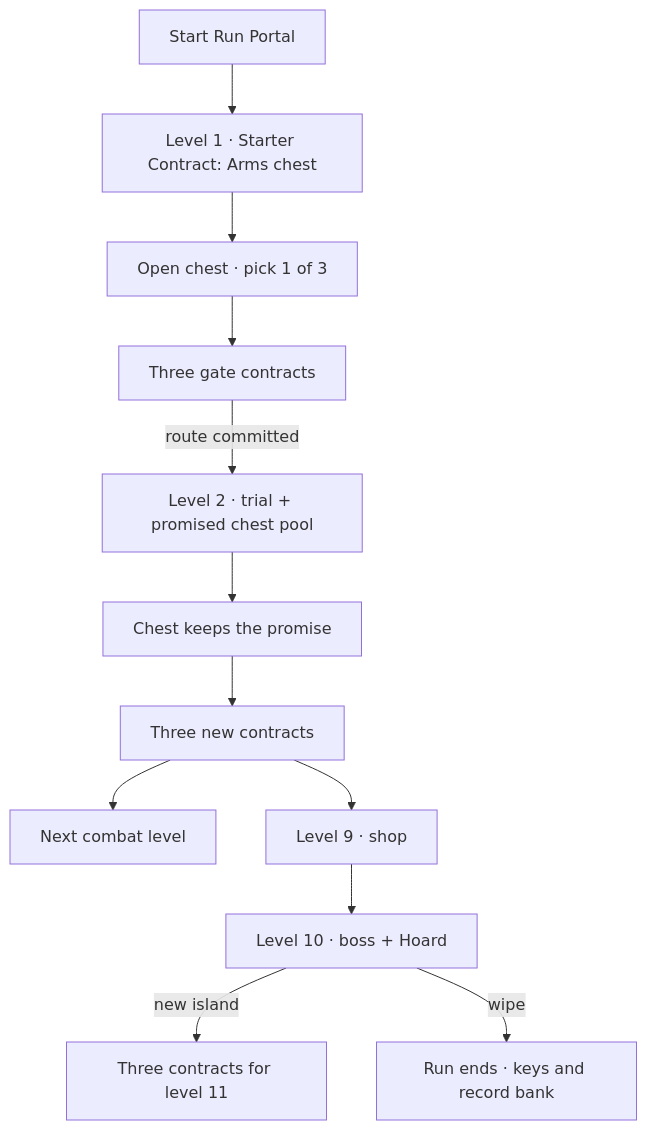
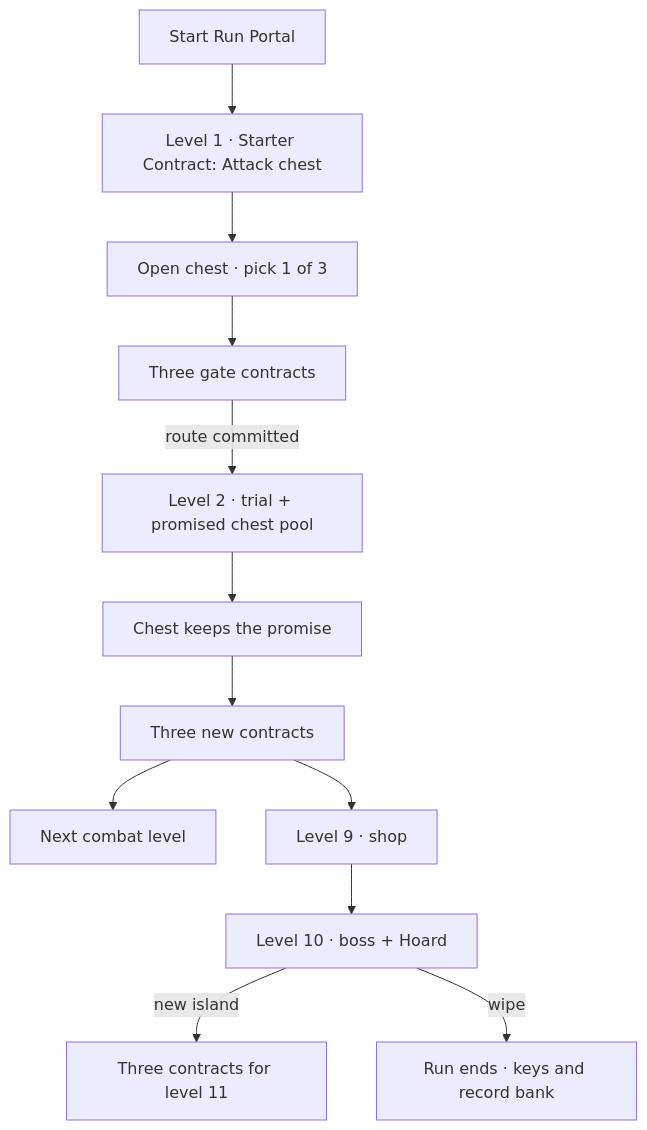
The diagram in docs/run-loop-design.md (harryvgiunta/blood-champions), drawn with Mermaid before and after one commit. The commit also changed other lines of this file and 283 other files, not shown here.

````diff
--- a/docs/run-loop-design.md
+++ b/docs/run-loop-design.md
@@ -331,14 +338,14 @@
 ```mermaid
 flowchart TD
-  T[Start Run Portal] --> L1[Level 1 · Starter Contract: Arms chest]
+  T[Start Run Portal] --> L1[Level 1 · Starter Contract: Attack chest]
   L1 --> C1[Open chest · pick 1 of 3]
   C1 --> G1[Three gate contracts]
   G1 -->|route committed| L2[Level 2 · trial + promised chest pool]
   L2 --> C2[Chest keeps the promise]
   C2 --> G2[Three new contracts]
   G2 --> L3[Next combat level]
   G2 --> S[Level 9 · shop]
   S --> B[Level 10 · boss + Hoard]
   B -->|new island| G3[Three contracts for level 11]
   B -->|wipe| E[Run ends · keys and record bank]
 ```
````
